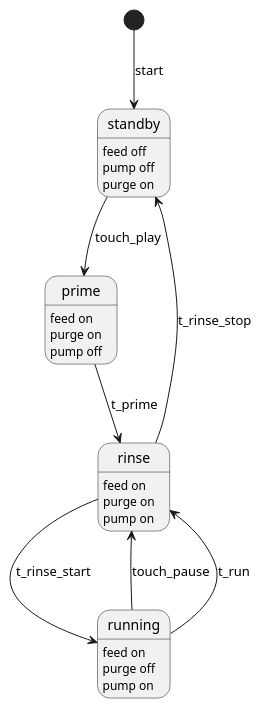
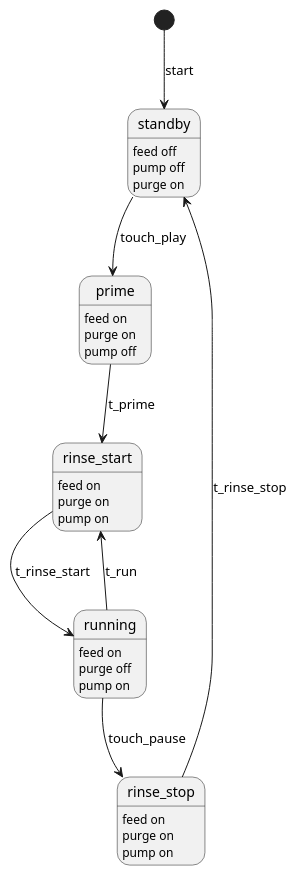
The diagram in water/water_state.puml (rlhatcher/aquarium), drawn with PlantUML before and after one commit. The commit also changed 1 other file, not shown here.

```diff
--- a/water/water_state.puml
+++ b/water/water_state.puml
@@ -1,36 +1,41 @@
 @startuml water_state
 hide empty description
 
 state standby {
   standby: feed off
   standby: pump off
   standby: purge on
 }
 
 state running {
   running : feed on
   running : purge off
   running : pump on
 }
 
 state prime {
   prime : feed on
   prime : purge on
   prime : pump off
 }
 
-state rinse {
-  rinse : feed on
-  rinse : purge on 
-  rinse : pump on
+state rinse_start {
+  rinse_start : feed on
+  rinse_start : purge on 
+  rinse_start : pump on
+}
+state rinse_stop {
+  rinse_stop : feed on
+  rinse_stop : purge on 
+  rinse_stop : pump on
 }
 
 [*] --> standby : start
 standby --> prime : touch_play
-prime --> rinse : t_prime
-rinse --> running : t_rinse_start
-running --> rinse : touch_pause
-rinse --> standby : t_rinse_stop
-running --> rinse : t_run
+prime --> rinse_start : t_prime
+rinse_start --> running : t_rinse_start
+running --> rinse_stop : touch_pause
+rinse_stop --> standby : t_rinse_stop
+running --> rinse_start : t_run
 
 @enduml
```
